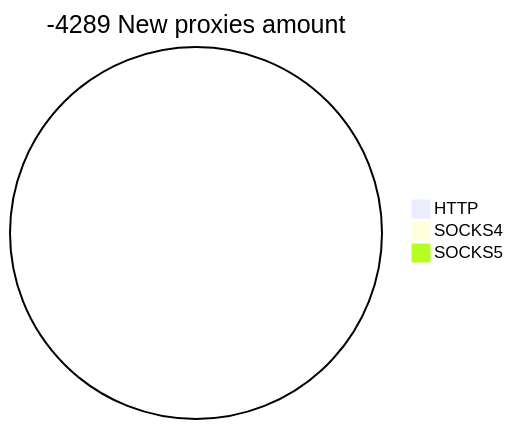
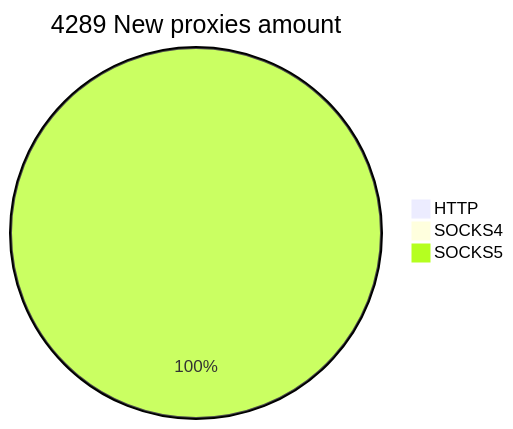
Before and after one commit to cutipu/proxylist: the second of 2 diagrams in README.md, drawn with Mermaid. The commit also changed other lines of this file, not shown here.

````diff
--- a/README.md
+++ b/README.md
@@ -10,6 +10,6 @@
 ```mermaid
-pie title -4289 New proxies amount
+pie title 4289 New proxies amount
     "HTTP" : 0
     "SOCKS4" : 0
-    "SOCKS5" : 0
+    "SOCKS5" : 4289
 ```
````
